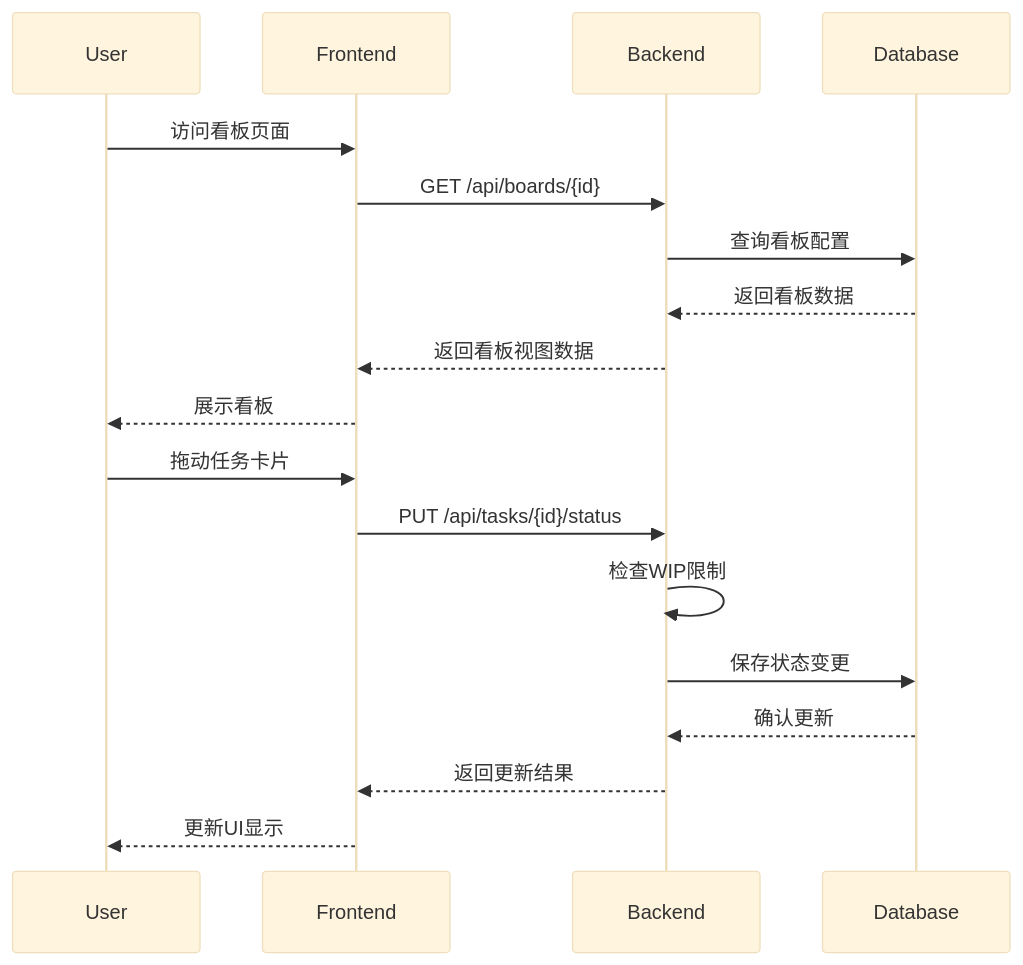
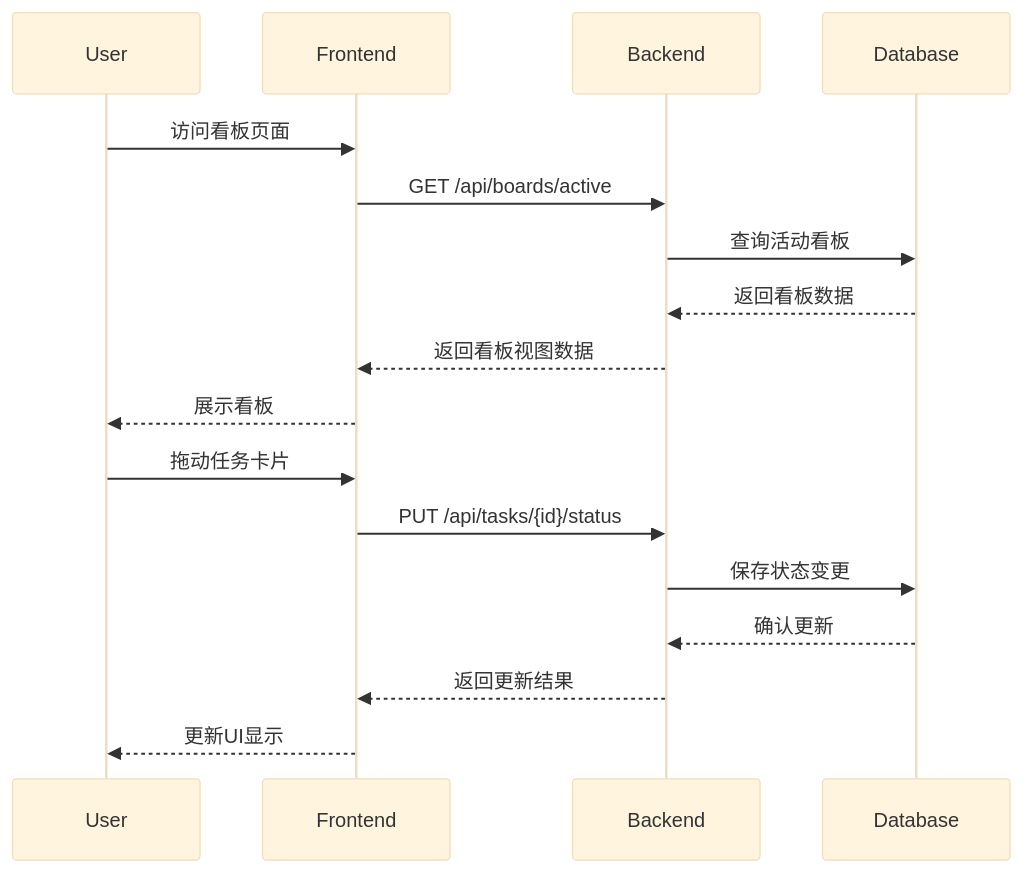
Before and after one commit to yorkdick/gira: the second of 4 diagrams in doc/design/basic-design/functional.md, drawn with Mermaid (base theme). The commit also changed other lines of this file and 44 other files, not shown here.

````diff
--- a/doc/design/basic-design/functional.md
+++ b/doc/design/basic-design/functional.md
@@ -54,22 +53,21 @@
 ```mermaid
 sequenceDiagram
     participant User
     participant Frontend
     participant Backend
     participant Database
     
     User->>Frontend: 访问看板页面
-    Frontend->>Backend: GET /api/boards/{id}
-    Backend->>Database: 查询看板配置
+    Frontend->>Backend: GET /api/boards/active
+    Backend->>Database: 查询活动看板
     Database-->>Backend: 返回看板数据
     Backend-->>Frontend: 返回看板视图数据
     Frontend-->>User: 展示看板
     
     User->>Frontend: 拖动任务卡片
     Frontend->>Backend: PUT /api/tasks/{id}/status
-    Backend->>Backend: 检查WIP限制
     Backend->>Database: 保存状态变更
     Database-->>Backend: 确认更新
     Backend-->>Frontend: 返回更新结果
     Frontend-->>User: 更新UI显示
 ```
````
